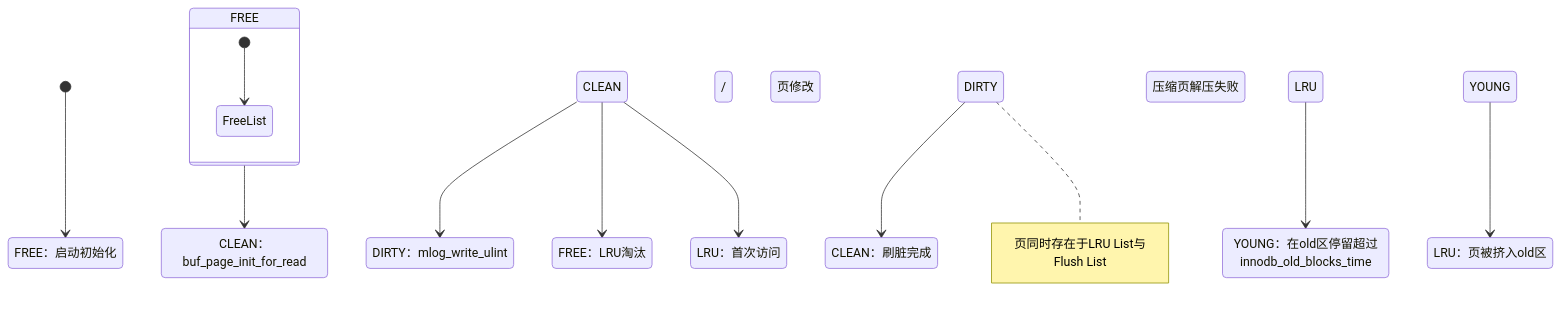
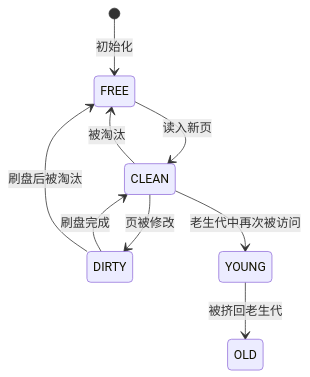
The second of 2 diagrams in content/中间件/MySQL/读书笔记-Mysql内核架构/04. InnoDB 缓冲池：内存管理的分区革命与 NUMA 陷阱.md (hpliStartAgain/my-brain), drawn with Mermaid before and after one commit. The commit also changed other lines of this file and 56 other files, not shown here.

````diff
--- a/content/中间件/MySQL/读书笔记-Mysql内核架构/04. InnoDB 缓冲池：内存管理的分区革命与 NUMA 陷阱.md
+++ b/content/中间件/MySQL/读书笔记-Mysql内核架构/04. InnoDB 缓冲池：内存管理的分区革命与 NUMA 陷阱.md
@@ -76,21 +194,12 @@
 ```mermaid
+%%{init: {'theme': 'dracula'}}%%
 stateDiagram-v2
-    [*] --> FREE：启动初始化
-    
-    state FREE {
-        [*] --> FreeList
-    }
-    
-    FREE --> CLEAN：buf_page_init_for_read
-    CLEAN --> DIRTY：mlog_write_ulint / 页修改
-    DIRTY --> CLEAN：刷脏完成
-    CLEAN --> FREE：LRU淘汰 / 压缩页解压失败
-    
-    CLEAN --> LRU：首次访问
-    LRU --> YOUNG：在old区停留超过innodb_old_blocks_time
-    YOUNG --> LRU：页被挤入old区
-    
-    note right of DIRTY
-        页同时存在于LRU List与Flush List
-    end note
+    [*] --> FREE: 初始化
+    FREE --> CLEAN: 读入新页
+    CLEAN --> DIRTY: 页被修改
+    DIRTY --> CLEAN: 刷盘完成
+    CLEAN --> FREE: 被淘汰
+    DIRTY --> FREE: 刷盘后被淘汰
+    CLEAN --> YOUNG: 老生代中再次被访问
+    YOUNG --> OLD: 被挤回老生代
 ```
````
